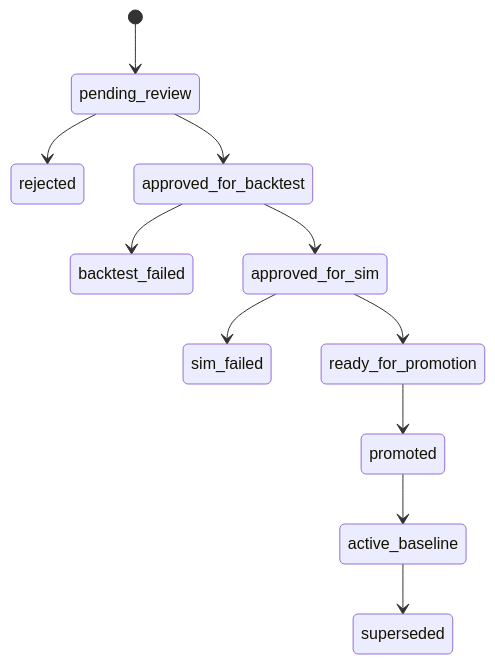
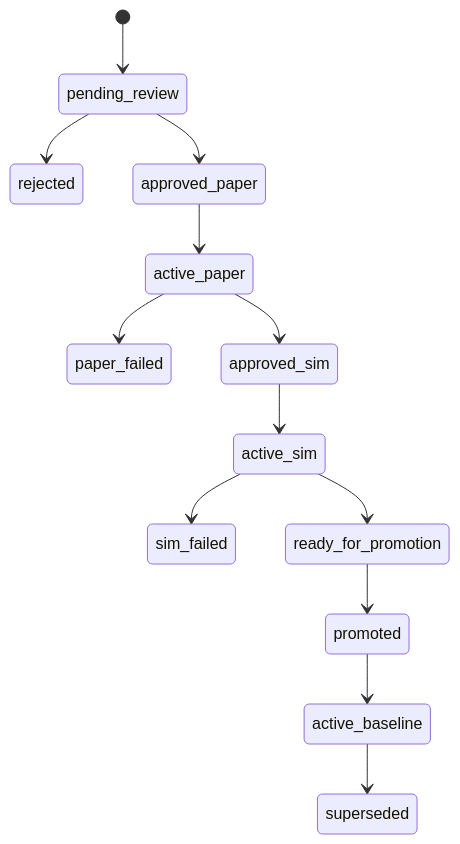
One commit to simonellefsen/saxo-daytrader-rust changed the fourth of 4 diagrams in docs/hermes-agent.md. Above: the diagram before and after it, drawn with Mermaid. The commit also changed other lines of this file and 6 other files, not shown here.

Commit message:
Add Hermes SIM paper overlays

````diff
--- a/docs/hermes-agent.md
+++ b/docs/hermes-agent.md
@@ -374,13 +395,15 @@
 ```mermaid
 stateDiagram-v2
   [*] --> pending_review
   pending_review --> rejected
-  pending_review --> approved_for_backtest
-  approved_for_backtest --> backtest_failed
-  approved_for_backtest --> approved_for_sim
-  approved_for_sim --> sim_failed
-  approved_for_sim --> ready_for_promotion
+  pending_review --> approved_paper
+  approved_paper --> active_paper
+  active_paper --> paper_failed
+  active_paper --> approved_sim
+  approved_sim --> active_sim
+  active_sim --> sim_failed
+  active_sim --> ready_for_promotion
   ready_for_promotion --> promoted
   promoted --> active_baseline
   active_baseline --> superseded
 ```
````
